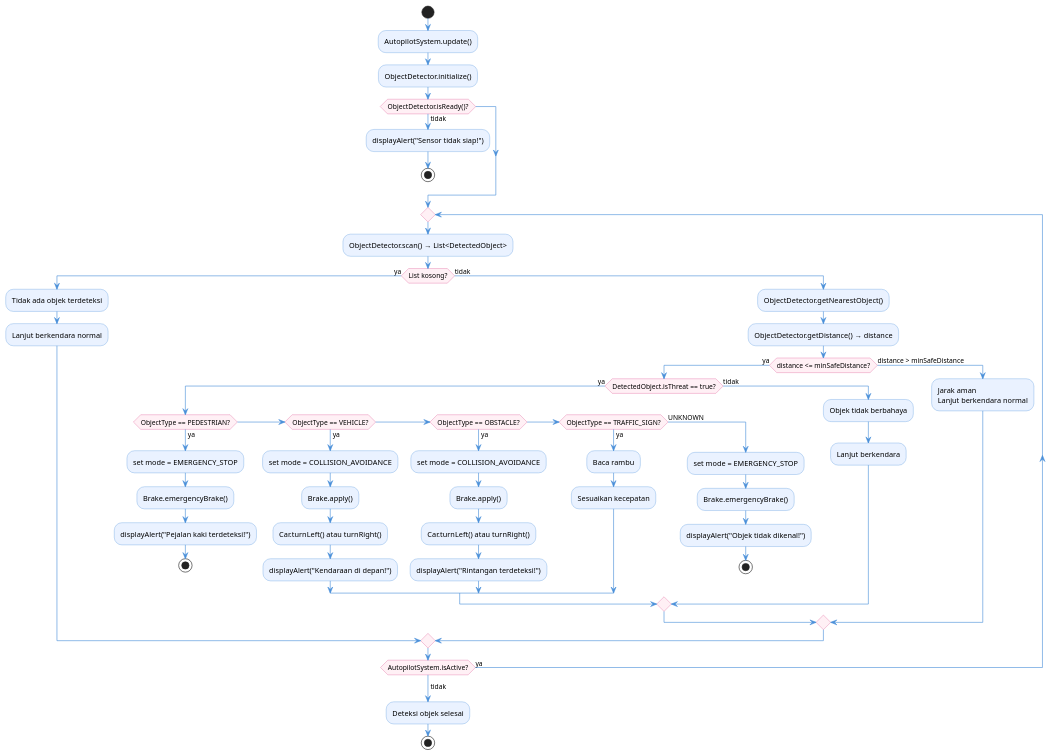
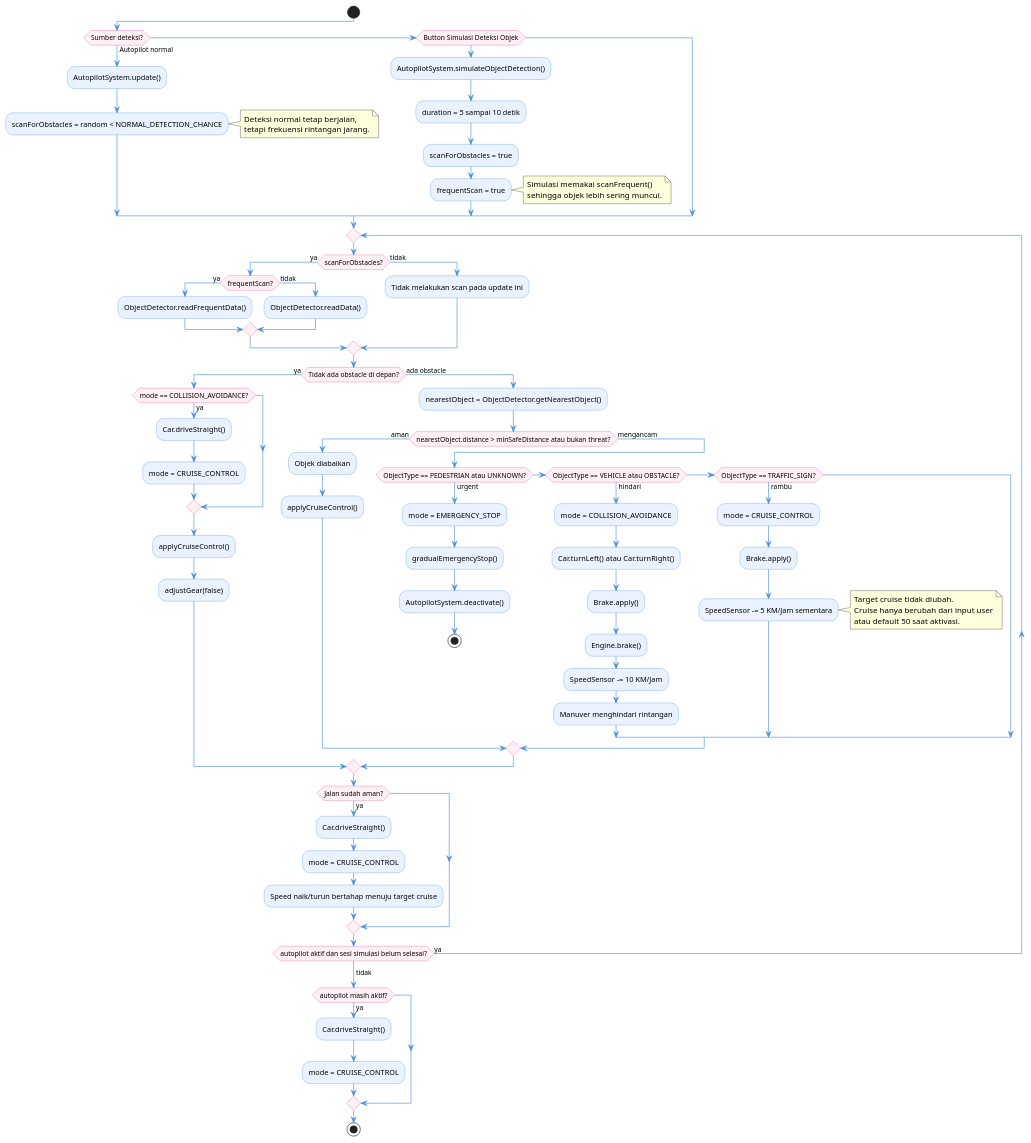
The diagram in activityDiagramPerFitur/DeteksiObject&CollisionAvoidance.wsd (Musya351/OOP1), drawn with PlantUML before and after one commit. The commit also changed 13 other files, not shown here.

```diff
--- a/activityDiagramPerFitur/DeteksiObject&CollisionAvoidance.wsd
+++ b/activityDiagramPerFitur/DeteksiObject&CollisionAvoidance.wsd
@@ -1,76 +1,95 @@
 @startuml DeteksiObjekCollisionAvoidance
 
 skinparam ActivityBackgroundColor #EAF2FF
 skinparam ActivityBorderColor #4A90D9
 skinparam ArrowColor #4A90D9
 skinparam ActivityDiamondBackgroundColor #FFF0F5
 skinparam ActivityDiamondBorderColor #D94A8C
 
 start
 
-:AutopilotSystem.update();
-:ObjectDetector.initialize();
-
-if (ObjectDetector.isReady()?) then (tidak)
-  :displayAlert("Sensor tidak siap!");
-  stop
+if (Sumber deteksi?) then (Autopilot normal)
+  :AutopilotSystem.update();
+  :scanForObstacles = random < NORMAL_DETECTION_CHANCE;
+  note right
+    Deteksi normal tetap berjalan,
+    tetapi frekuensi rintangan jarang.
+  end note
+elseif (Button Simulasi Deteksi Objek)
+  :AutopilotSystem.simulateObjectDetection();
+  :duration = 5 sampai 10 detik;
+  :scanForObstacles = true;
+  :frequentScan = true;
+  note right
+    Simulasi memakai scanFrequent()
+    sehingga objek lebih sering muncul.
+  end note
 endif
 
 repeat
-
-  :ObjectDetector.scan() → List<DetectedObject>;
-
-  if (List kosong?) then (ya)
-    :Tidak ada objek terdeteksi;
-    :Lanjut berkendara normal;
+  if (scanForObstacles?) then (ya)
+    if (frequentScan?) then (ya)
+      :ObjectDetector.readFrequentData();
+    else (tidak)
+      :ObjectDetector.readData();
+    endif
   else (tidak)
-    :ObjectDetector.getNearestObject();
-    :ObjectDetector.getDistance() → distance;
-
-    if (distance <= minSafeDistance?) then (ya)
-
-      if (DetectedObject.isThreat == true?) then (ya)
-
-        if (ObjectType == PEDESTRIAN?) then (ya)
-          :set mode = EMERGENCY_STOP;
-          :Brake.emergencyBrake();
-          :displayAlert("Pejalan kaki terdeteksi!");
-          stop
-        elseif (ObjectType == VEHICLE?) then (ya)
-          :set mode = COLLISION_AVOIDANCE;
-          :Brake.apply();
-          :Car.turnLeft() atau turnRight();
-          :displayAlert("Kendaraan di depan!");
-        elseif (ObjectType == OBSTACLE?) then (ya)
-          :set mode = COLLISION_AVOIDANCE;
-          :Brake.apply();
-          :Car.turnLeft() atau turnRight();
-          :displayAlert("Rintangan terdeteksi!");
-        elseif (ObjectType == TRAFFIC_SIGN?) then (ya)
-          :Baca rambu;
-          :Sesuaikan kecepatan;
-        else (UNKNOWN)
-          :set mode = EMERGENCY_STOP;
-          :Brake.emergencyBrake();
-          :displayAlert("Objek tidak dikenal!");
-          stop
-        endif
-
-      else (tidak)
-        :Objek tidak berbahaya;
-        :Lanjut berkendara;
-      endif
-
-    else (distance > minSafeDistance)
-      :Jarak aman\nLanjut berkendara normal;
-    endif
-
+    :Tidak melakukan scan pada update ini;
   endif
 
-repeat while (AutopilotSystem.isActive?) is (ya)
--> tidak;
+  if (Tidak ada obstacle di depan?) then (ya)
+    if (mode == COLLISION_AVOIDANCE?) then (ya)
+      :Car.driveStraight();
+      :mode = CRUISE_CONTROL;
+    endif
+    :applyCruiseControl();
+    :adjustGear(false);
+  else (ada obstacle)
+    :nearestObject = ObjectDetector.getNearestObject();
 
-:Deteksi objek selesai;
+    if (nearestObject.distance > minSafeDistance atau bukan threat?) then (aman)
+      :Objek diabaikan;
+      :applyCruiseControl();
+    else (mengancam)
+      if (ObjectType == PEDESTRIAN atau UNKNOWN?) then (urgent)
+        :mode = EMERGENCY_STOP;
+        :gradualEmergencyStop();
+        :AutopilotSystem.deactivate();
+        stop
+      elseif (ObjectType == VEHICLE atau OBSTACLE?) then (hindari)
+        :mode = COLLISION_AVOIDANCE;
+        :Car.turnLeft() atau Car.turnRight();
+        :Brake.apply();
+        :Engine.brake();
+        :SpeedSensor -= 10 KM/Jam;
+        :Manuver menghindari rintangan;
+      elseif (ObjectType == TRAFFIC_SIGN?) then (rambu)
+        :mode = CRUISE_CONTROL;
+        :Brake.apply();
+        :SpeedSensor -= 5 KM/Jam sementara;
+        note right
+          Target cruise tidak diubah.
+          Cruise hanya berubah dari input user
+          atau default 50 saat aktivasi.
+        end note
+      endif
+    endif
+  endif
+
+  if (Jalan sudah aman?) then (ya)
+    :Car.driveStraight();
+    :mode = CRUISE_CONTROL;
+    :Speed naik/turun bertahap menuju target cruise;
+  endif
+
+repeat while (autopilot aktif dan sesi simulasi belum selesai?) is (ya)
+->tidak;
+
+if (autopilot masih aktif?) then (ya)
+  :Car.driveStraight();
+  :mode = CRUISE_CONTROL;
+endif
+
 stop
 
 @enduml
```
